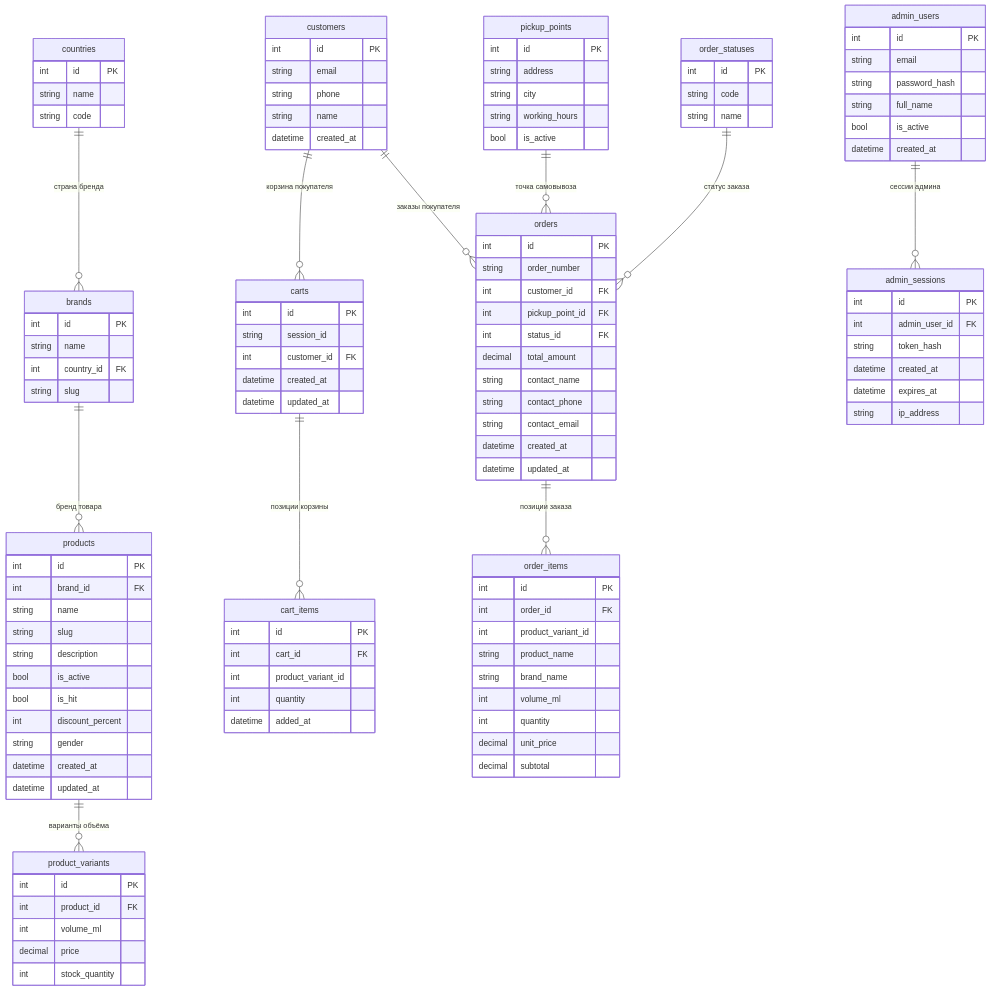
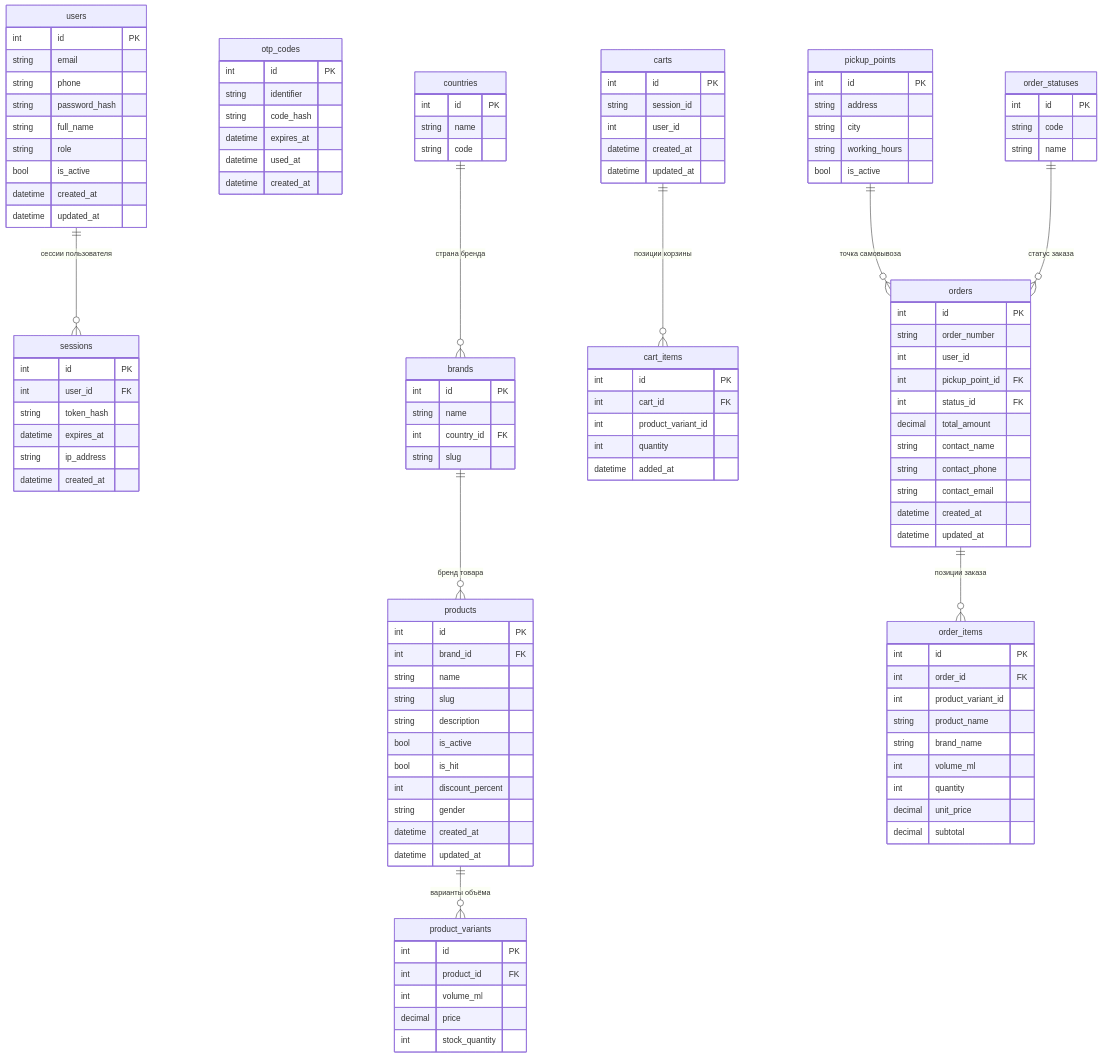
One commit to ksusha14021995-prog/MFTI_Volynkina_web_dev changed the diagram in docs/05-database.md. Above: the diagram before and after it, drawn with Mermaid. The commit also changed other lines of this file and 17 other files, not shown here.

First line of the commit message:
docs: reshape architecture (auth/catalog/orders), simplify order lifecycle, full CJM

````diff
--- a/docs/05-database.md
+++ b/docs/05-database.md
@@ -11,5 +11,41 @@
 ```mermaid
 erDiagram
+
+    %% ============================================================
+    %% auth_db — пользователи и аутентификация
+    %% ============================================================
+
+    users {
+        int id PK
+        string email
+        string phone
+        string password_hash
+        string full_name
+        string role
+        bool is_active
+        datetime created_at
+        datetime updated_at
+    }
+
+    sessions {
+        int id PK
+        int user_id FK
+        string token_hash
+        datetime expires_at
+        string ip_address
+        datetime created_at
+    }
+
+    otp_codes {
+        int id PK
+        string identifier
+        string code_hash
+        datetime expires_at
+        datetime used_at
+        datetime created_at
+    }
+
+    users ||--o{ sessions : "сессии пользователя"
 
     %% ============================================================
     %% catalog_db — каталог
@@ -58,30 +94,6 @@
     %% orders_db — заказы и корзины
     %% ============================================================
 
-    customers {
-        int id PK
-        string email
-        string phone
-        string name
-        datetime created_at
-    }
-
-    carts {
-        int id PK
-        string session_id
-        int customer_id FK
-        datetime created_at
-        datetime updated_at
-    }
-
-    cart_items {
-        int id PK
-        int cart_id FK
-        int product_variant_id
-        int quantity
-        datetime added_at
-    }
-
     pickup_points {
         int id PK
         string address
@@ -96,10 +108,26 @@
         string name
     }
 
+    carts {
+        int id PK
+        string session_id
+        int user_id
+        datetime created_at
+        datetime updated_at
+    }
+
+    cart_items {
+        int id PK
+        int cart_id FK
+        int product_variant_id
+        int quantity
+        datetime added_at
+    }
+
     orders {
         int id PK
         string order_number
-        int customer_id FK
+        int user_id
         int pickup_point_id FK
         int status_id FK
         decimal total_amount
@@ -122,34 +150,8 @@
         decimal subtotal
     }
 
-    customers ||--o{ carts : "корзина покупателя"
     carts ||--o{ cart_items : "позиции корзины"
-    customers ||--o{ orders : "заказы покупателя"
     pickup_points ||--o{ orders : "точка самовывоза"
     order_statuses ||--o{ orders : "статус заказа"
     orders ||--o{ order_items : "позиции заказа"
-
-    %% ============================================================
-    %% admin_db — администраторы
-    %% ============================================================
-
-    admin_users {
-        int id PK
-        string email
-        string password_hash
-        string full_name
-        bool is_active
-        datetime created_at
-    }
-
-    admin_sessions {
-        int id PK
-        int admin_user_id FK
-        string token_hash
-        datetime created_at
-        datetime expires_at
-        string ip_address
-    }
-
-    admin_users ||--o{ admin_sessions : "сессии админа"
 ```
````
